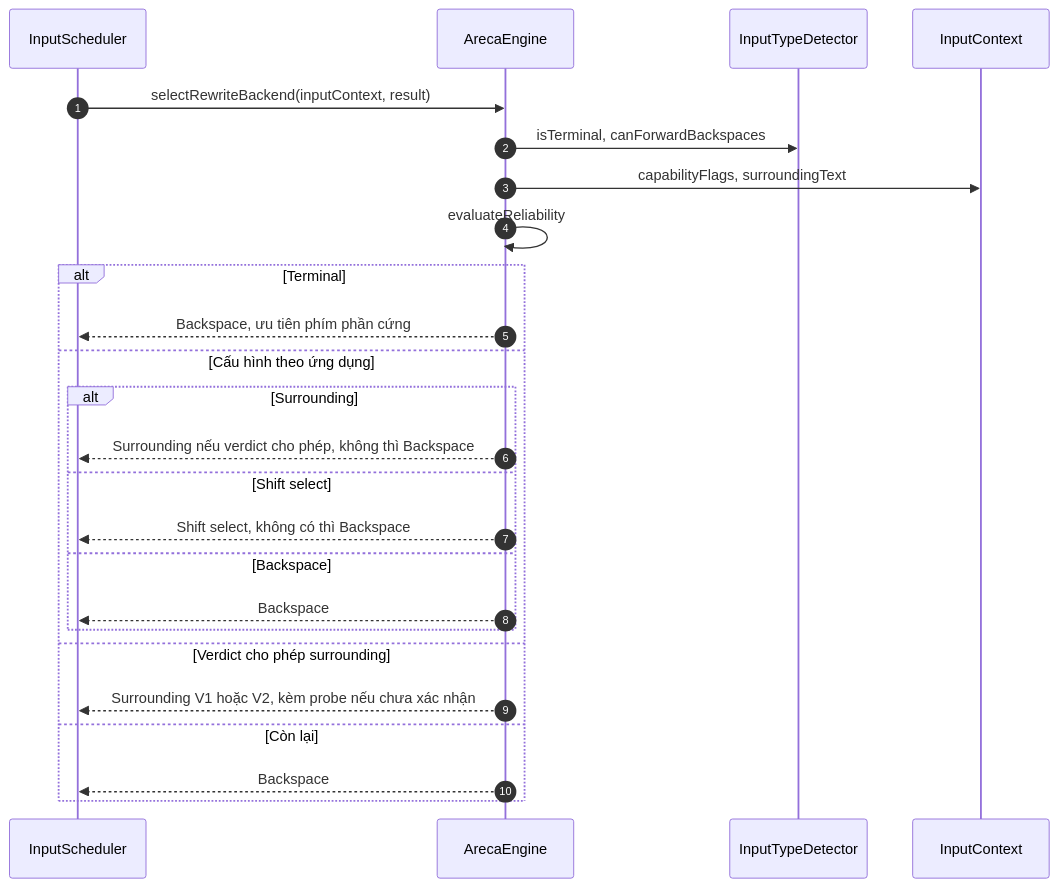
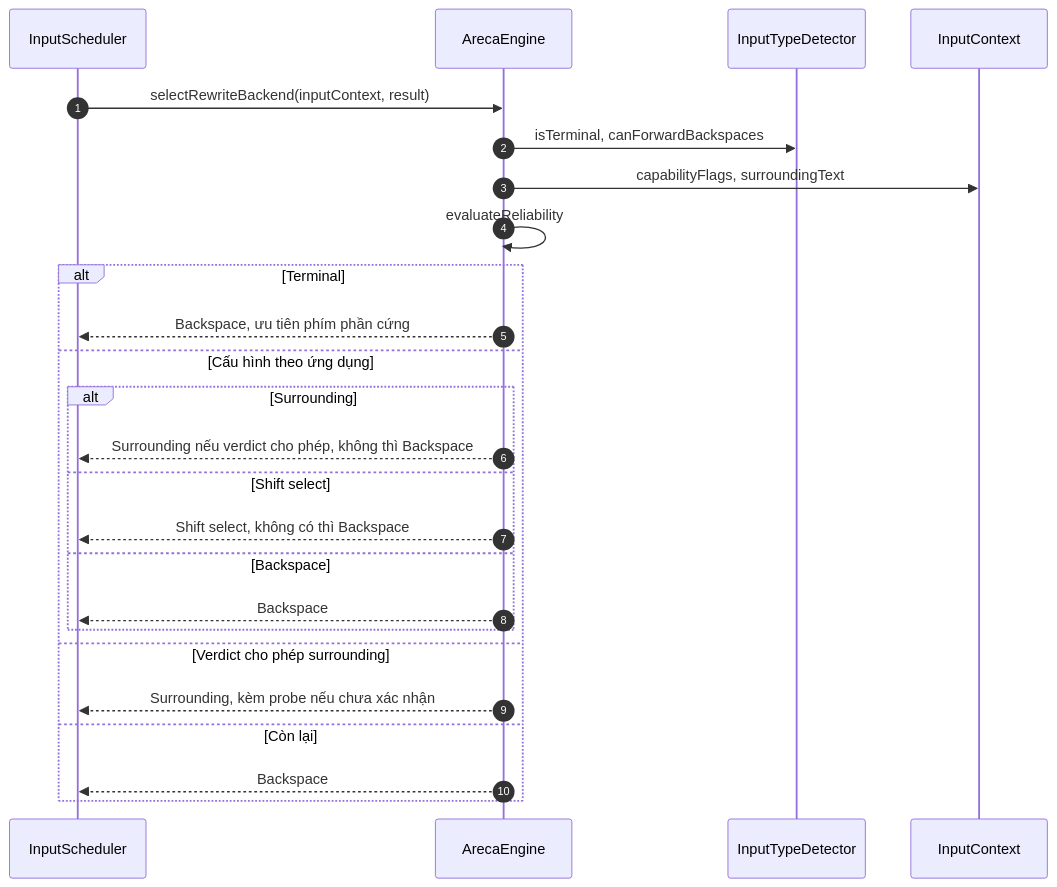
One commit to xhkzeroone/ArecaIME changed the first of 6 diagrams in docs/ARECA_ARCHITECTURE_SPECIFICATION.md. Above: the diagram before and after it, drawn with Mermaid. The commit also changed other lines of this file and 25 other files, not shown here.

````diff
--- a/docs/ARECA_ARCHITECTURE_SPECIFICATION.md
+++ b/docs/ARECA_ARCHITECTURE_SPECIFICATION.md
@@ -71,29 +71,29 @@
 ```mermaid
 sequenceDiagram
     autonumber
     participant S as InputScheduler
     participant E as ArecaEngine
     participant D as InputTypeDetector
     participant IC as InputContext
 
     S->>E: selectRewriteBackend(inputContext, result)
     E->>D: isTerminal, canForwardBackspaces
     E->>IC: capabilityFlags, surroundingText
     E->>E: evaluateReliability
 
     alt Terminal
         E-->>S: Backspace, ưu tiên phím phần cứng
     else Cấu hình theo ứng dụng
         alt Surrounding
             E-->>S: Surrounding nếu verdict cho phép, không thì Backspace
         else Shift select
             E-->>S: Shift select, không có thì Backspace
         else Backspace
             E-->>S: Backspace
         end
     else Verdict cho phép surrounding
-        E-->>S: Surrounding V1 hoặc V2, kèm probe nếu chưa xác nhận
+        E-->>S: Surrounding, kèm probe nếu chưa xác nhận
     else Còn lại
         E-->>S: Backspace
     end
 ```
````
